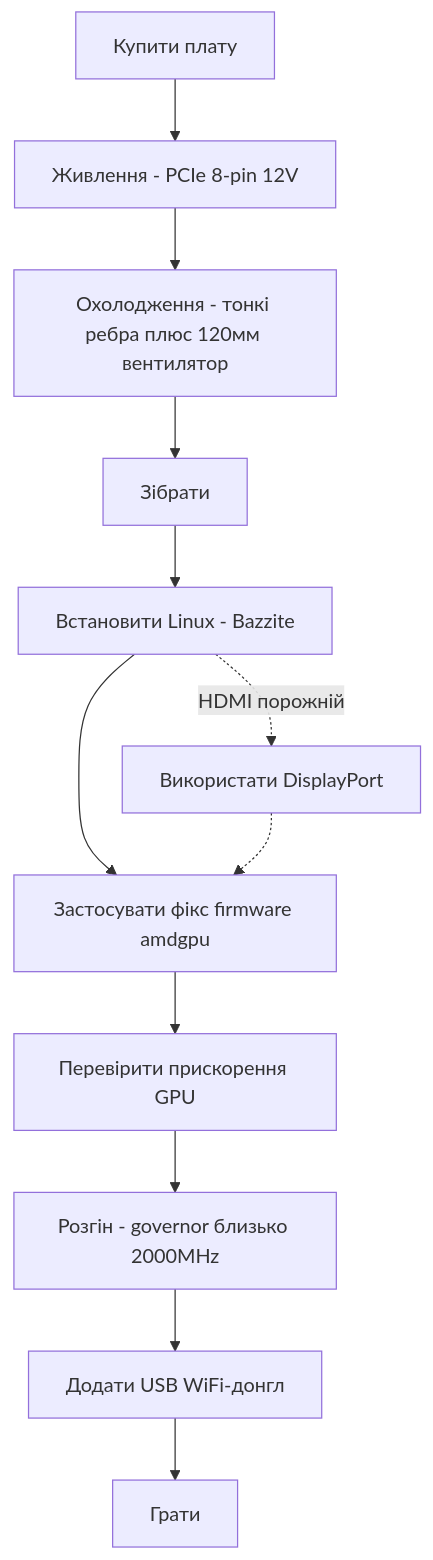
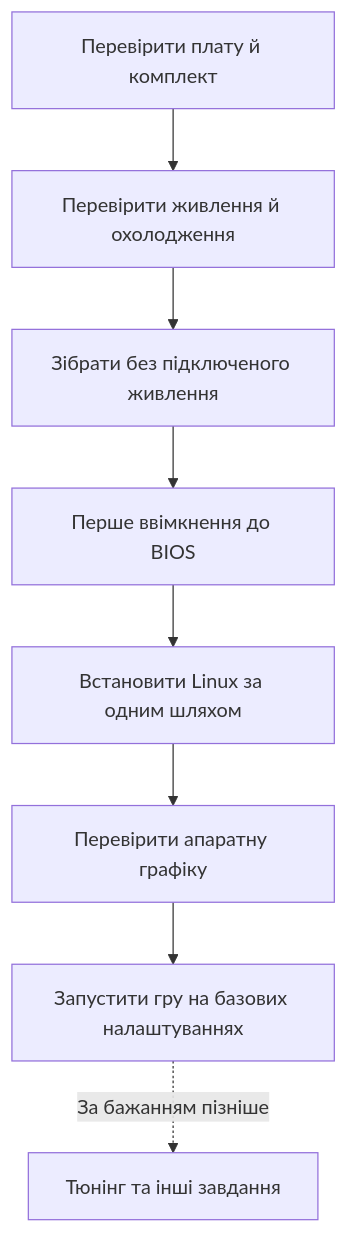
One commit to kalpakprod/awesome-bc250 changed the diagram in docs/uk/00-start-here.md. Above: the diagram before and after it, drawn with Mermaid. The commit also changed other lines of this file and 5 other files, not shown here.

````diff
--- a/docs/uk/00-start-here.md
+++ b/docs/uk/00-start-here.md
@@ -27,14 +22,10 @@
 ```mermaid
 flowchart TD
-    A["Купити плату"] --> B["Живлення - PCIe 8-pin 12V"]
-    B --> C["Охолодження - тонкі ребра плюс 120мм вентилятор"]
-    C --> D["Зібрати"]
-    D --> E["Встановити Linux - Bazzite"]
-    E --> F["Застосувати фікс firmware amdgpu"]
-    F --> G["Перевірити прискорення GPU"]
-    G --> H["Розгін - governor близько 2000MHz"]
-    H --> I["Додати USB WiFi-донгл"]
-    I --> J["Грати"]
-    E -.->|"HDMI порожній"| K["Використати DisplayPort"]
-    K -.-> F
+    A[Перевірити плату й комплект] --> B[Перевірити живлення й охолодження]
+    B --> C[Зібрати без підключеного живлення]
+    C --> D[Перше ввімкнення до BIOS]
+    D --> E[Встановити Linux за одним шляхом]
+    E --> F[Перевірити апаратну графіку]
+    F --> G[Запустити гру на базових налаштуваннях]
+    G -. За бажанням пізніше .-> H[Тюнінг та інші завдання]
 ```
````
